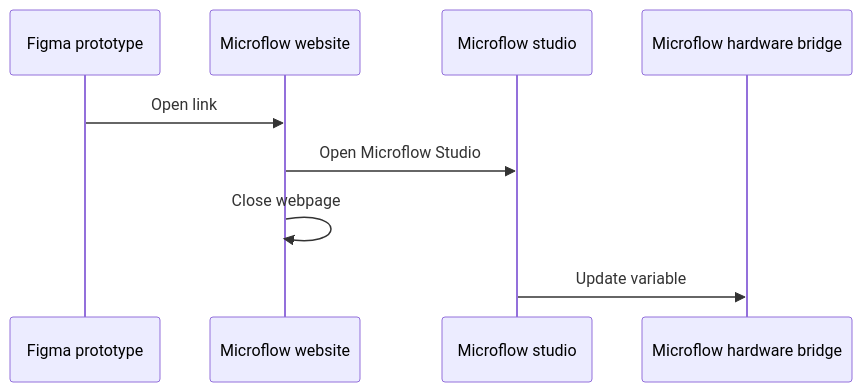
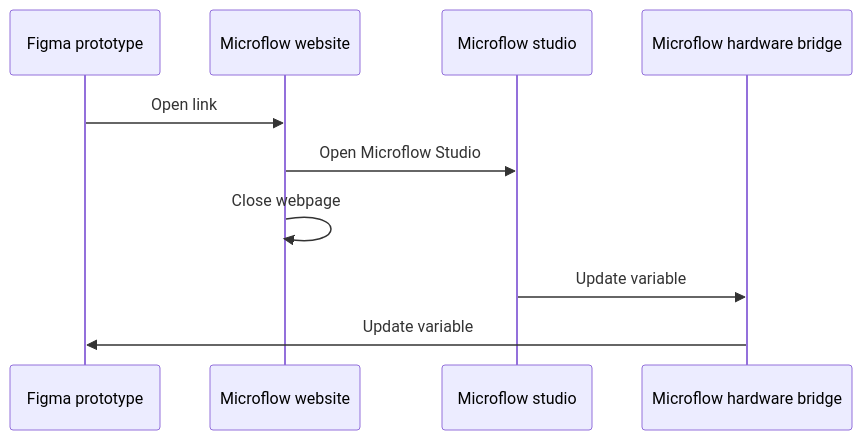
One commit to xiduzo/microflow changed the diagram in apps/nextjs-app/app/docs/microflow-hardware-bridge/variables/page.md. Above: the diagram before and after it, drawn with Mermaid. The commit also changed other lines of this file and 3 other files, not shown here.

Commit message:
docs: add simple and complex flow exampl

````diff
--- a/apps/nextjs-app/app/docs/microflow-hardware-bridge/variables/page.md
+++ b/apps/nextjs-app/app/docs/microflow-hardware-bridge/variables/page.md
@@ -38,7 +38,8 @@
 ```mermaid
 sequenceDiagram
     Figma prototype ->> Microflow website: Open link
     Microflow website ->> Microflow studio: Open Microflow Studio
     Microflow website ->> Microflow website: Close webpage
     Microflow studio ->> Microflow hardware bridge: Update variable
+    Microflow hardware bridge ->> Figma prototype: Update variable
 ```
````
